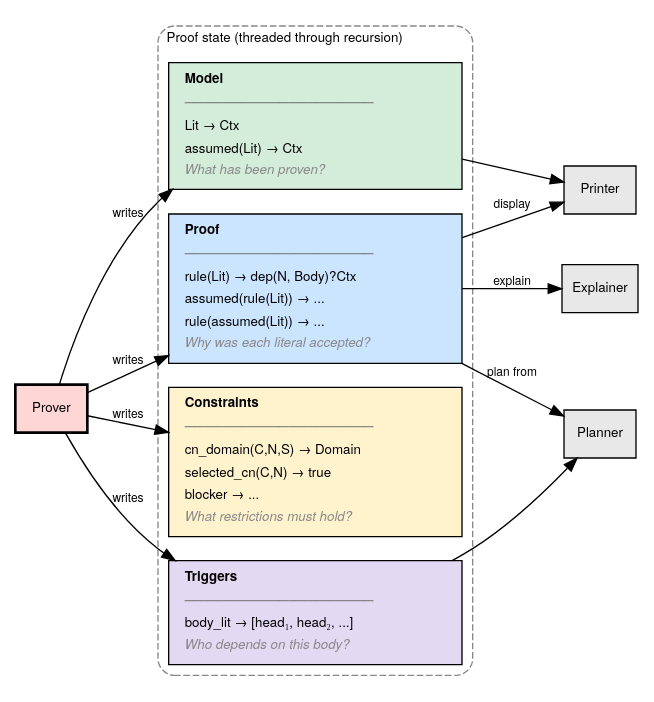
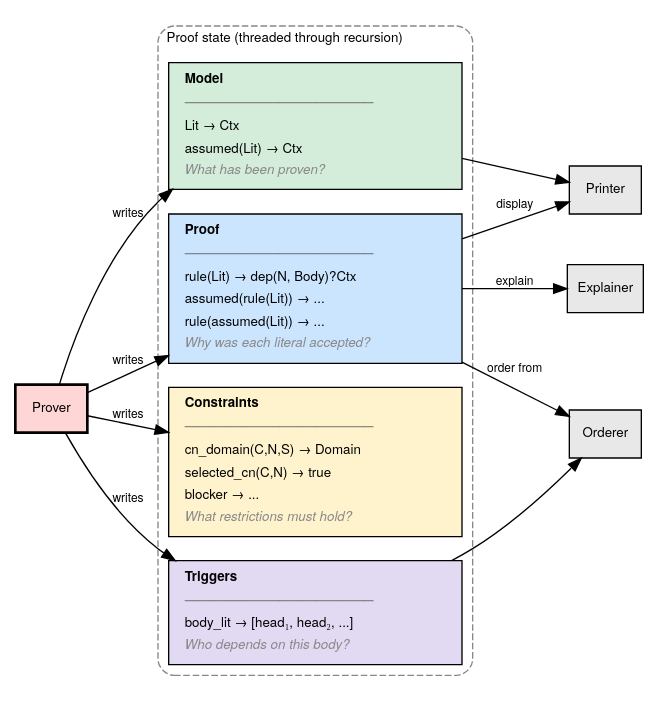
One commit to pvdabeel/prolog changed the diagram in Documentation/Handbook/Diagrams/04-data-structures.dot. Above: the diagram before and after it, drawn with Graphviz. The commit also changed 83 other files, not shown here.

```diff
--- a/Documentation/Handbook/Diagrams/04-data-structures.dot
+++ b/Documentation/Handbook/Diagrams/04-data-structures.dot
@@ -1,69 +1,69 @@
 digraph data_structures {
   rankdir=LR;
   fontname="Helvetica Neue";
   node [fontname="Helvetica Neue", fontsize=10, style=filled];
   edge [fontname="Helvetica Neue", fontsize=9];
   compound=true;
 
   // Prover
   prover [label="Prover", shape=box, style="filled,bold", fillcolor="#FFD6D6"];
 
   // Four structures
   subgraph cluster_state {
     label="Proof state (threaded through recursion)";
     labeljust=l;
     style="rounded,dashed";
     color="#888888";
     fontsize=10;
 
     proof [label=<<TABLE BORDER="0" CELLBORDER="0" CELLSPACING="2">
       <TR><TD ALIGN="LEFT"><B>Proof</B></TD></TR>
       <TR><TD ALIGN="LEFT"><FONT COLOR="#666666">────────────────────</FONT></TD></TR>
       <TR><TD ALIGN="LEFT">rule(Lit) → dep(N, Body)?Ctx</TD></TR>
       <TR><TD ALIGN="LEFT">assumed(rule(Lit)) → ...</TD></TR>
       <TR><TD ALIGN="LEFT">rule(assumed(Lit)) → ...</TD></TR>
       <TR><TD ALIGN="LEFT"><FONT COLOR="#888888"><I>Why was each literal accepted?</I></FONT></TD></TR>
     </TABLE>>, shape=box, fillcolor="#CCE5FF"];
 
     model [label=<<TABLE BORDER="0" CELLBORDER="0" CELLSPACING="2">
       <TR><TD ALIGN="LEFT"><B>Model</B></TD></TR>
       <TR><TD ALIGN="LEFT"><FONT COLOR="#666666">────────────────────</FONT></TD></TR>
       <TR><TD ALIGN="LEFT">Lit → Ctx</TD></TR>
       <TR><TD ALIGN="LEFT">assumed(Lit) → Ctx</TD></TR>
       <TR><TD ALIGN="LEFT"><FONT COLOR="#888888"><I>What has been proven?</I></FONT></TD></TR>
     </TABLE>>, shape=box, fillcolor="#D4EDDA"];
 
     constraints [label=<<TABLE BORDER="0" CELLBORDER="0" CELLSPACING="2">
       <TR><TD ALIGN="LEFT"><B>Constraints</B></TD></TR>
       <TR><TD ALIGN="LEFT"><FONT COLOR="#666666">────────────────────</FONT></TD></TR>
       <TR><TD ALIGN="LEFT">cn_domain(C,N,S) → Domain</TD></TR>
       <TR><TD ALIGN="LEFT">selected_cn(C,N) → true</TD></TR>
       <TR><TD ALIGN="LEFT">blocker → ...</TD></TR>
       <TR><TD ALIGN="LEFT"><FONT COLOR="#888888"><I>What restrictions must hold?</I></FONT></TD></TR>
     </TABLE>>, shape=box, fillcolor="#FFF3CD"];
 
     triggers [label=<<TABLE BORDER="0" CELLBORDER="0" CELLSPACING="2">
       <TR><TD ALIGN="LEFT"><B>Triggers</B></TD></TR>
       <TR><TD ALIGN="LEFT"><FONT COLOR="#666666">────────────────────</FONT></TD></TR>
       <TR><TD ALIGN="LEFT">body_lit → [head₁, head₂, ...]</TD></TR>
       <TR><TD ALIGN="LEFT"><FONT COLOR="#888888"><I>Who depends on this body?</I></FONT></TD></TR>
     </TABLE>>, shape=box, fillcolor="#E2D9F3"];
   }
 
   // Consumers
-  planner [label="Planner", shape=box, fillcolor="#E8E8E8"];
+  orderer [label="Orderer", shape=box, fillcolor="#E8E8E8"];
   printer [label="Printer", shape=box, fillcolor="#E8E8E8"];
   explainer [label="Explainer", shape=box, fillcolor="#E8E8E8"];
 
   // Edges
   prover -> proof [label="writes"];
   prover -> model [label="writes"];
   prover -> constraints [label="writes"];
   prover -> triggers [label="writes"];
 
-  proof -> planner [label="plan from"];
-  triggers -> planner;
+  proof -> orderer [label="order from"];
+  triggers -> orderer;
   proof -> printer [label="display"];
   model -> printer;
   proof -> explainer [label="explain"];
 }
```
